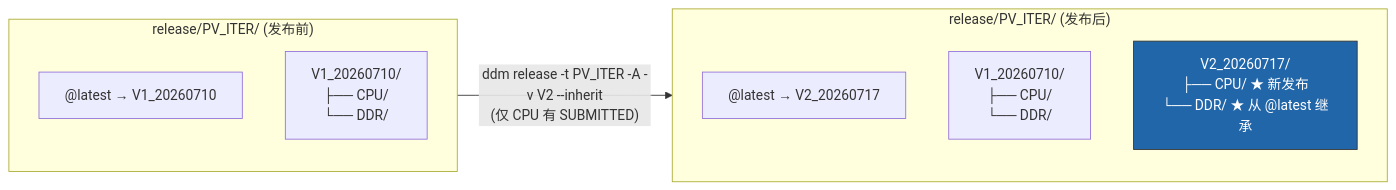
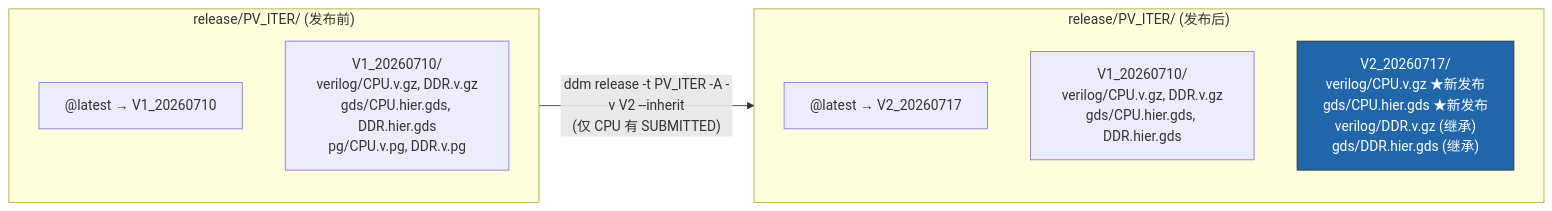
The eighth of 18 diagrams in docs/WORKFLOWS.md (winsight/ddm), drawn with Mermaid before and after one commit. The commit also changed other lines of this file and 2 other files, not shown here.

````diff
--- a/docs/WORKFLOWS.md
+++ b/docs/WORKFLOWS.md
@@ -371,19 +373,19 @@
 ```mermaid
 flowchart LR
     subgraph BEFORE2["release/PV_ITER/ (发布前)"]
         direction TB
         L1["@latest → V1_20260710"]
-        OLD["V1_20260710/<br/>├── CPU/<br/>└── DDR/"]
+        OLD["V1_20260710/<br/>verilog/CPU.v.gz, DDR.v.gz<br/>gds/CPU.hier.gds, DDR.hier.gds<br/>pg/CPU.v.pg, DDR.v.pg"]
     end
 
     subgraph AFTER2["release/PV_ITER/ (发布后)"]
         direction TB
         L2["@latest → V2_20260717"]
-        OLD2["V1_20260710/<br/>├── CPU/<br/>└── DDR/"]
-        NEW["V2_20260717/<br/>├── CPU/ ★ 新发布<br/>└── DDR/ ★ 从 @latest 继承"]
+        OLD2["V1_20260710/<br/>verilog/CPU.v.gz, DDR.v.gz<br/>gds/CPU.hier.gds, DDR.hier.gds"]
+        NEW["V2_20260717/<br/>verilog/CPU.v.gz ★新发布<br/>gds/CPU.hier.gds ★新发布<br/>verilog/DDR.v.gz (继承)<br/>gds/DDR.hier.gds (继承)"]
     end
 
     BEFORE2 -->|"ddm release -t PV_ITER -A -v V2 --inherit<br/>(仅 CPU 有 SUBMITTED)"| AFTER2
 
     style NEW fill:#26a,stroke:#333,color:#fff
 ```
````
